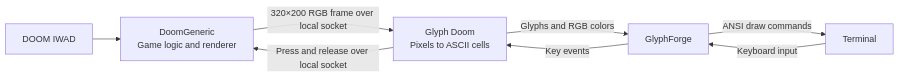
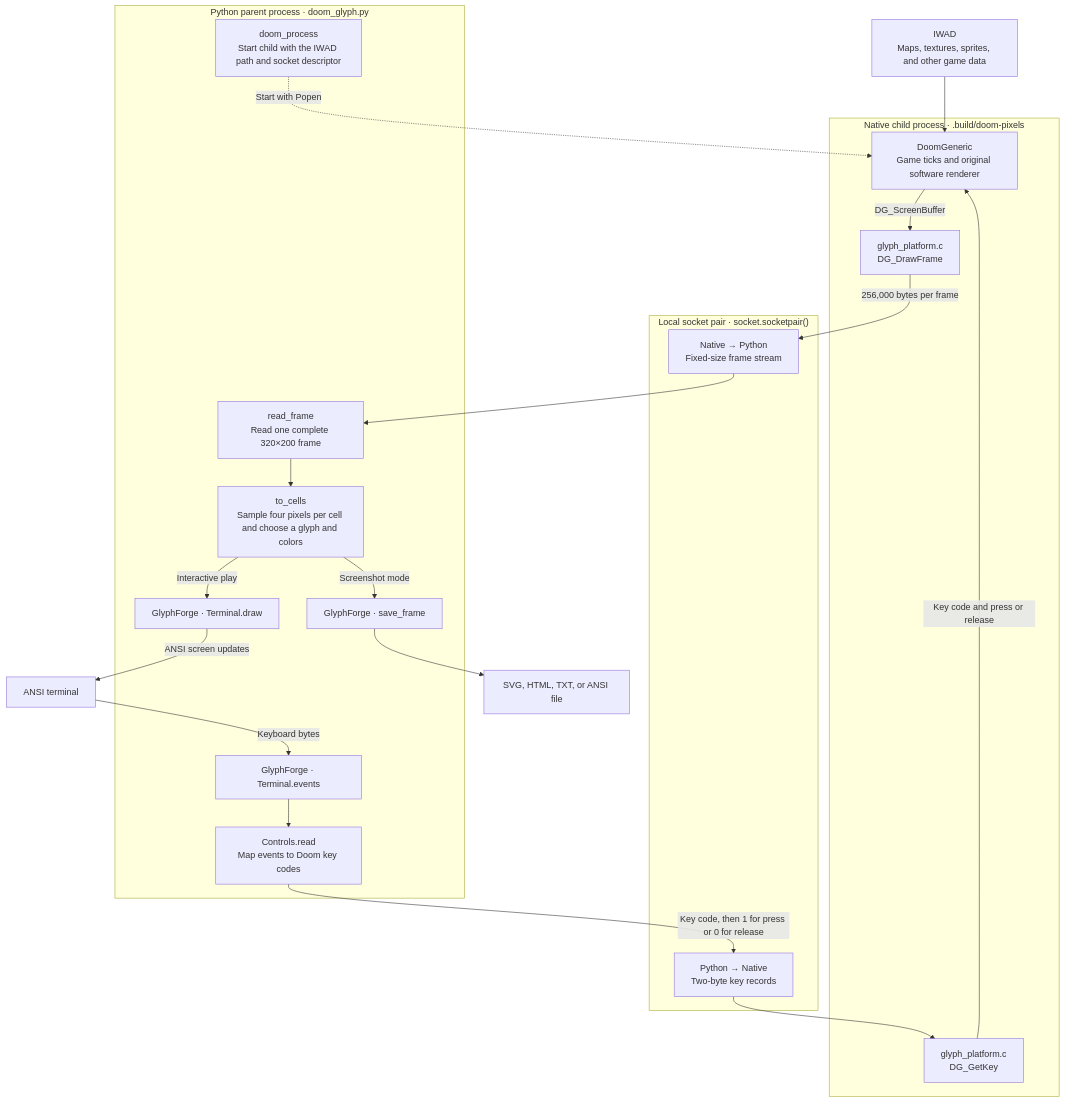
One commit to amirhdolati/glyph-doom changed the diagram in README.md. Above: the diagram before and after it, drawn with Mermaid. The commit also changed other lines of this file, not shown here.

Commit message:
docs: explain the Doom rendering and input architecture

````diff
--- a/README.md
+++ b/README.md
@@ -50,10 +55,43 @@
 ```mermaid
-flowchart LR
-    WAD["DOOM IWAD"] --> Doom["DoomGeneric<br/>Game logic and renderer"]
-    Doom -->|"320×200 RGB frame over local socket"| Python["Glyph Doom<br/>Pixels to ASCII cells"]
-    Python -->|"Glyphs and RGB colors"| Glyph["GlyphForge"]
-    Glyph -->|"ANSI draw commands"| Terminal["Terminal"]
-    Terminal -->|"Keyboard input"| Glyph
-    Glyph -->|"Key events"| Python
-    Python -->|"Press and release over local socket"| Doom
+flowchart TB
+    WAD["IWAD<br/>Maps, textures, sprites, and other game data"]
+    TTY["ANSI terminal"]
+    FILE["SVG, HTML, TXT, or ANSI file"]
+
+    subgraph C["Native child process · .build/doom-pixels"]
+        DOOM["DoomGeneric<br/>Game ticks and original software renderer"]
+        DRAW["glyph_platform.c<br/>DG_DrawFrame"]
+        KEY["glyph_platform.c<br/>DG_GetKey"]
+        KEY -->|"Key code and press or release"| DOOM
+        DOOM -->|"DG_ScreenBuffer"| DRAW
+    end
+
+    subgraph SOCK["Local socket pair · socket.socketpair()"]
+        FRAMES["Native → Python<br/>Fixed-size frame stream"]
+        KEYS["Python → Native<br/>Two-byte key records"]
+    end
+
+    subgraph PY["Python parent process · doom_glyph.py"]
+        LAUNCH["doom_process<br/>Start child with the IWAD path and socket descriptor"]
+        READ["read_frame<br/>Read one complete 320×200 frame"]
+        CELLS["to_cells<br/>Sample four pixels per cell and choose a glyph and colors"]
+        MAP["Controls.read<br/>Map events to Doom key codes"]
+        EVENTS["GlyphForge · Terminal.events"]
+        DISPLAY["GlyphForge · Terminal.draw"]
+        SAVE["GlyphForge · save_frame"]
+        READ --> CELLS
+        CELLS -->|"Interactive play"| DISPLAY
+        CELLS -->|"Screenshot mode"| SAVE
+        EVENTS --> MAP
+    end
+
+    LAUNCH -.->|"Start with Popen"| DOOM
+    WAD --> DOOM
+    DRAW -->|"256,000 bytes per frame"| FRAMES
+    FRAMES --> READ
+    DISPLAY -->|"ANSI screen updates"| TTY
+    TTY -->|"Keyboard bytes"| EVENTS
+    MAP -->|"Key code, then 1 for press or 0 for release"| KEYS
+    KEYS --> KEY
+    SAVE --> FILE
 ```
````
